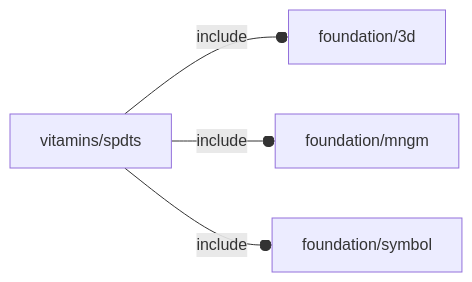
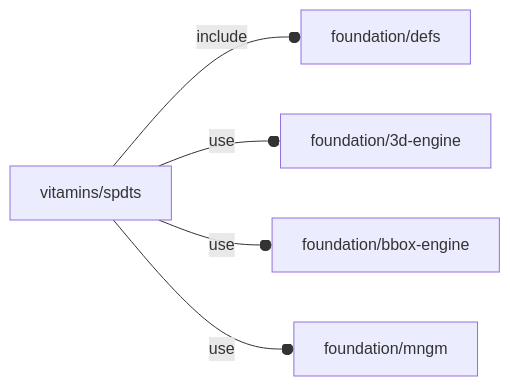
Before and after one commit to ggabbiani/OFL: the diagram in orthodocs/vitamins/spdts.md, drawn with Mermaid. The commit also changed other lines of this file and 74 other files, not shown here.

````diff
--- a/orthodocs/vitamins/spdts.md
+++ b/orthodocs/vitamins/spdts.md
@@ -5,6 +5,7 @@
 ```mermaid
 graph LR
-    A1[vitamins/spdts] --o|include| A2[foundation/3d]
-    A1 --o|include| A3[foundation/mngm]
-    A1 --o|include| A4[foundation/symbol]
+    A1[vitamins/spdts] --o|include| A2[foundation/defs]
+    A1 --o|use| A3[foundation/3d-engine]
+    A1 --o|use| A4[foundation/bbox-engine]
+    A1 --o|use| A5[foundation/mngm]
 ```
````
